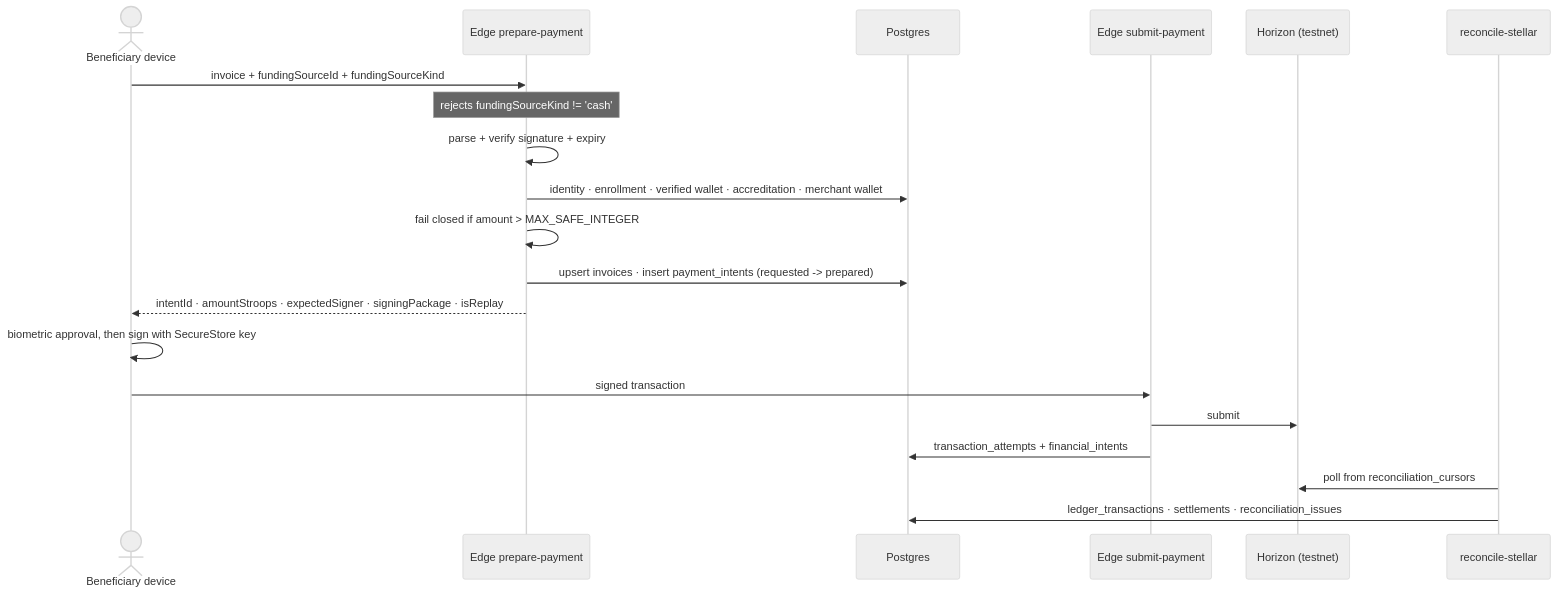
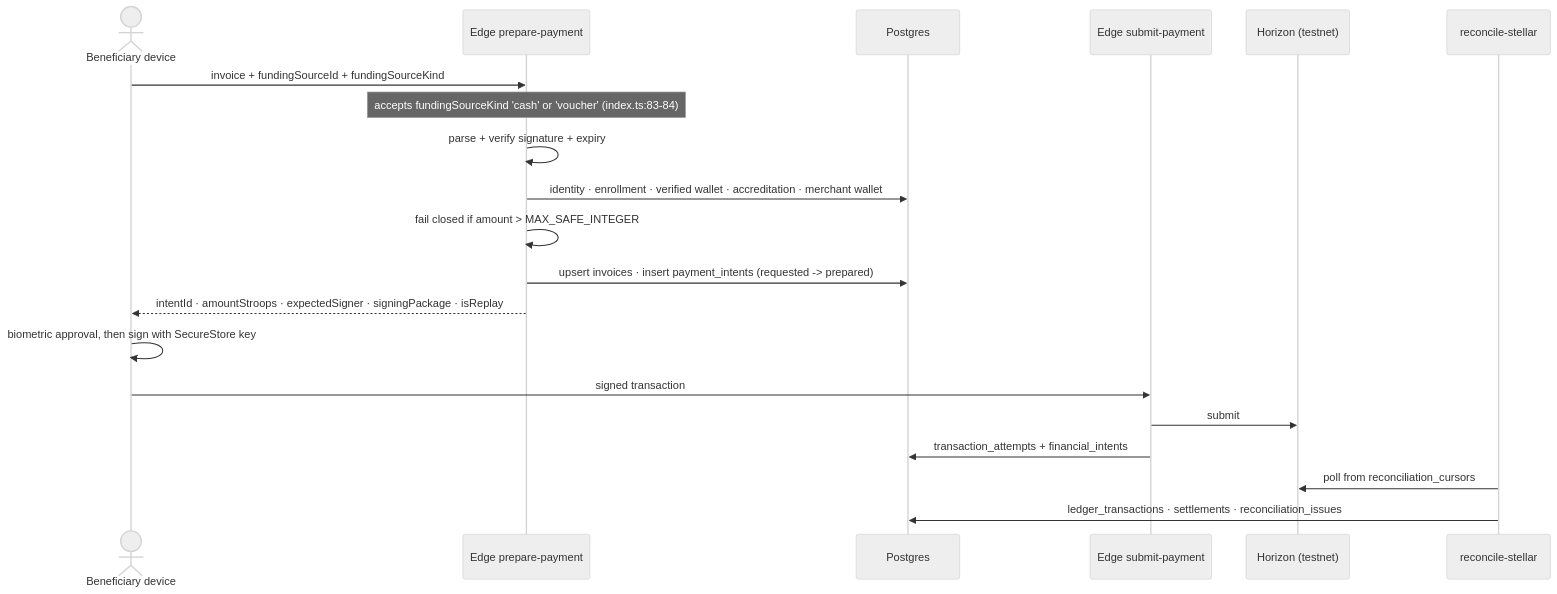
One commit to ejay-detera/relief-chain changed the second of 2 diagrams in docs/sad-reliefchain.md. Above: the diagram before and after it, drawn with Mermaid (neutral theme). The commit also changed other lines of this file and 25 other files, not shown here.

First line of the commit message:
feat(merchant): restore invoice receive payment screen with redemption flow

````diff
--- a/docs/sad-reliefchain.md
+++ b/docs/sad-reliefchain.md
@@ -161,23 +161,23 @@
 ```mermaid
 sequenceDiagram
   actor B as Beneficiary device
   participant E as Edge prepare-payment
   participant D as Postgres
   participant S as Edge submit-payment
   participant H as Horizon (testnet)
   participant R as reconcile-stellar
 
   B->>E: invoice + fundingSourceId + fundingSourceKind
-  Note over E: rejects fundingSourceKind != 'cash'
+  Note over E: accepts fundingSourceKind 'cash' or 'voucher' (index.ts:83-84)
   E->>E: parse + verify signature + expiry
   E->>D: identity · enrollment · verified wallet · accreditation · merchant wallet
   E->>E: fail closed if amount > MAX_SAFE_INTEGER
   E->>D: upsert invoices · insert payment_intents (requested -> prepared)
   E-->>B: intentId · amountStroops · expectedSigner · signingPackage · isReplay
   B->>B: biometric approval, then sign with SecureStore key
   B->>S: signed transaction
   S->>H: submit
   S->>D: transaction_attempts + financial_intents
   R->>H: poll from reconciliation_cursors
   R->>D: ledger_transactions · settlements · reconciliation_issues
 ```
````
